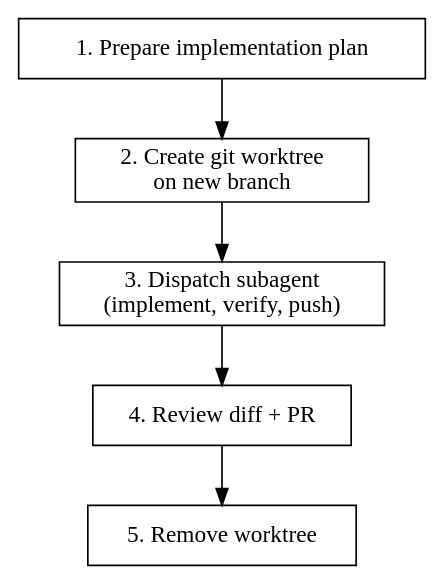
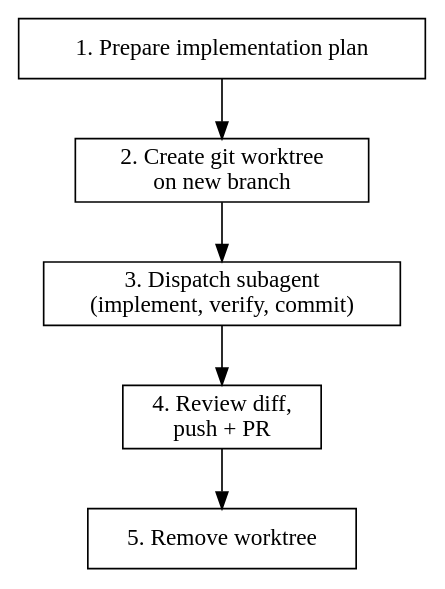
The diagram in skills/dispatch-worktree-task/SKILL.md (raiderrobert/flow), drawn with Graphviz before and after one commit. The commit also changed other lines of this file and 2 other files, not shown here.

````diff
--- a/skills/dispatch-worktree-task/SKILL.md
+++ b/skills/dispatch-worktree-task/SKILL.md
@@ -27,14 +27,14 @@
 ```dot
 digraph dispatch {
   rankdir=TB;
   node [shape=box];
 
   plan [label="1. Prepare implementation plan"];
   worktree [label="2. Create git worktree\non new branch"];
-  dispatch [label="3. Dispatch subagent\n(implement, verify, push)"];
-  review [label="4. Review diff + PR"];
+  dispatch [label="3. Dispatch subagent\n(implement, verify, commit)"];
+  review [label="4. Review diff,\npush + PR"];
   cleanup [label="5. Remove worktree"];
 
   plan -> worktree -> dispatch -> review -> cleanup;
 }
 ```
````
